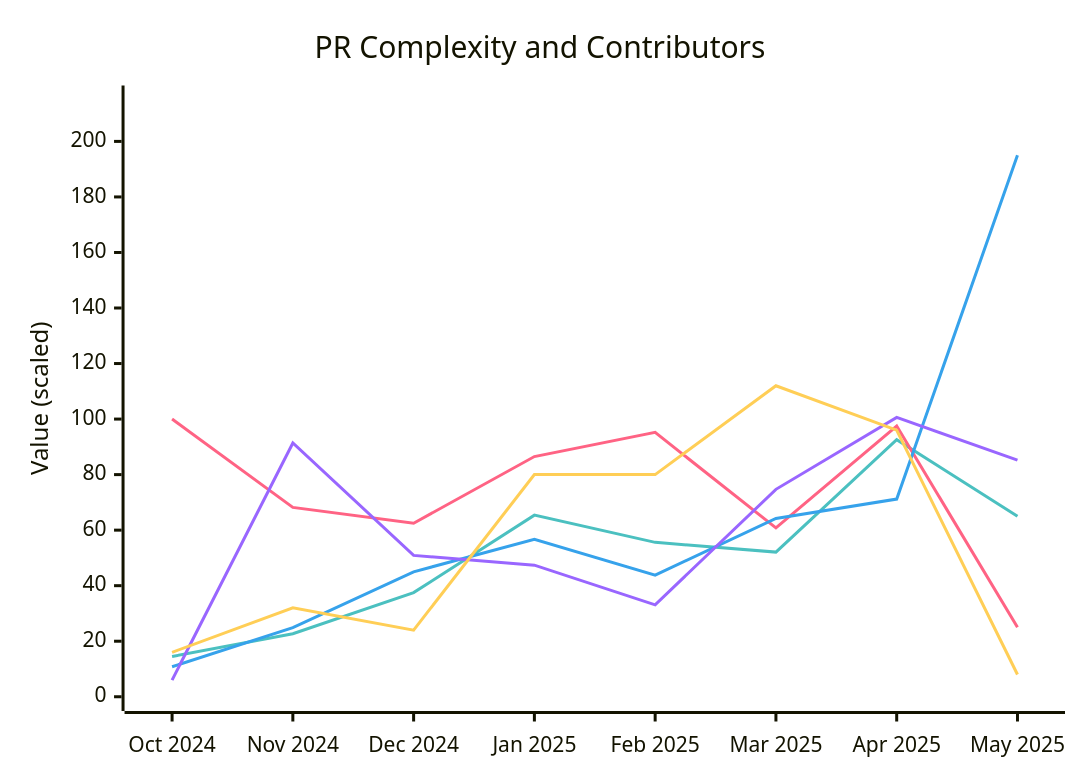
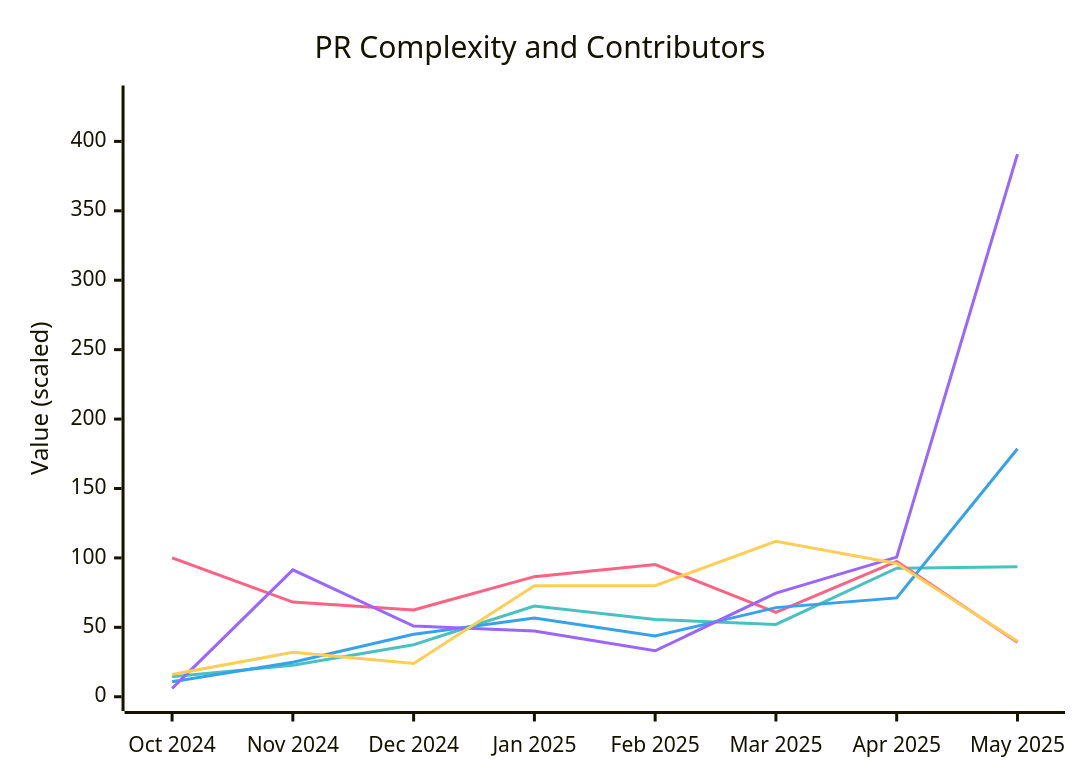
Before and after one commit to microsoft/edge-ai: the sixth of 11 diagrams in docs/contributions.md, drawn with Mermaid. The commit also changed other lines of this file and 6 other files, not shown here.

````diff
--- a/docs/contributions.md
+++ b/docs/contributions.md
@@ -102,12 +102,12 @@
 ``` mermaid
 %%{init: {"themeVariables": {"xyChart": {"plotColorPalette": "#4BC0C0, #FF6384, #36A2EB, #9966FF, #FFCE56"}}}}%%
 xychart-beta
     title "PR Complexity and Contributors"
 x-axis ["Oct 2024", "Nov 2024", "Dec 2024", "Jan 2025", "Feb 2025", "Mar 2025", "Apr 2025", "May 2025"]
-y-axis "Value (scaled)" 0 --> 215
-line "Avg Files Changed" [14.5, 22.7, 37.5, 65.4, 55.6, 52.1, 92.6, 65]
-line "Avg Days to Complete" [100, 68.2, 62.5, 86.5, 95.2, 60.8, 97.5, 25]
-line "Avg Files/Day" [10.8, 24.9, 45, 56.7, 43.8, 64.2, 71.2, 195]
-line "Avg Lines/Day" [6, 91.4, 50.9, 47.4, 33.1, 74.7, 100.6, 85.2]
-line "Total Contributors" [16, 32, 24, 80, 80, 112, 96, 8]
+y-axis "Value (scaled)" 0 --> 430
+line "Avg Files Changed" [14.5, 22.7, 37.5, 65.4, 55.6, 52.1, 92.6, 93.6]
+line "Avg Days to Complete" [100, 68.2, 62.5, 86.5, 95.2, 60.8, 97.5, 39.2]
+line "Avg Files/Day" [10.8, 24.9, 45, 56.7, 43.8, 64.2, 71.2, 178.6]
+line "Avg Lines/Day" [6, 91.4, 50.9, 47.4, 33.1, 74.7, 100.6, 390.8]
+line "Total Contributors" [16, 32, 24, 80, 80, 112, 96, 40]
 ```
````
